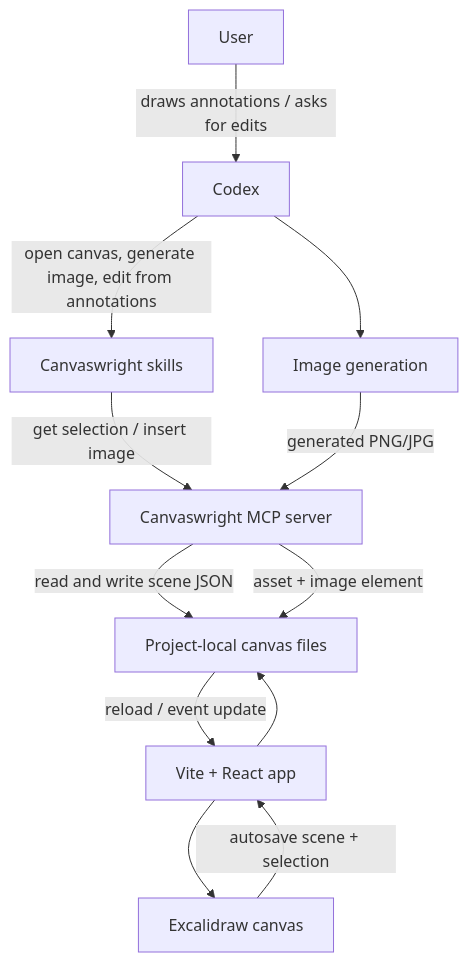
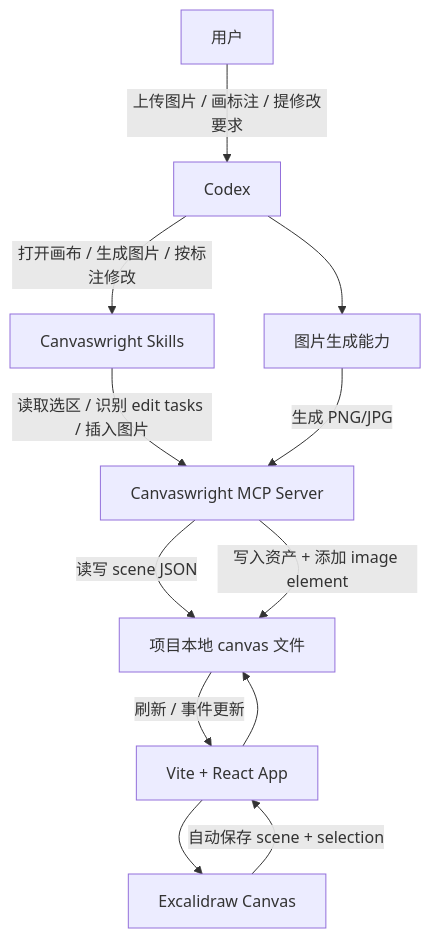
The diagram in README.md (smilexiaobao1992/Canvaswright), drawn with Mermaid before and after one commit. The commit also changed other lines of this file and 6 other files, not shown here.

Commit message:
feat: group canvas annotations into edit tasks

````diff
--- a/README.md
+++ b/README.md
@@ -64,23 +96,23 @@
 ```mermaid
 flowchart TD
-  User["User"]
+  User["用户"]
   Codex["Codex"]
-  Skills["Canvaswright skills"]
-  MCP["Canvaswright MCP server"]
-  App["Vite + React app"]
-  Excalidraw["Excalidraw canvas"]
-  Storage["Project-local canvas files"]
-  ImageGen["Image generation"]
+  Skills["Canvaswright Skills"]
+  MCP["Canvaswright MCP Server"]
+  App["Vite + React App"]
+  Excalidraw["Excalidraw Canvas"]
+  Storage["项目本地 canvas 文件"]
+  ImageGen["图片生成能力"]
 
-  User -->|"draws annotations / asks for edits"| Codex
-  Codex -->|"open canvas, generate image, edit from annotations"| Skills
-  Skills -->|"get selection / insert image"| MCP
-  MCP -->|"read and write scene JSON"| Storage
+  User -->|"上传图片 / 画标注 / 提修改要求"| Codex
+  Codex -->|"打开画布 / 生成图片 / 按标注修改"| Skills
+  Skills -->|"读取选区 / 识别 edit tasks / 插入图片"| MCP
+  MCP -->|"读写 scene JSON"| Storage
   App --> Excalidraw
-  Excalidraw -->|"autosave scene + selection"| App
+  Excalidraw -->|"自动保存 scene + selection"| App
   App --> Storage
   Codex --> ImageGen
-  ImageGen -->|"generated PNG/JPG"| MCP
-  MCP -->|"asset + image element"| Storage
-  Storage -->|"reload / event update"| App
+  ImageGen -->|"生成 PNG/JPG"| MCP
+  MCP -->|"写入资产 + 添加 image element"| Storage
+  Storage -->|"刷新 / 事件更新"| App
 ```
````
